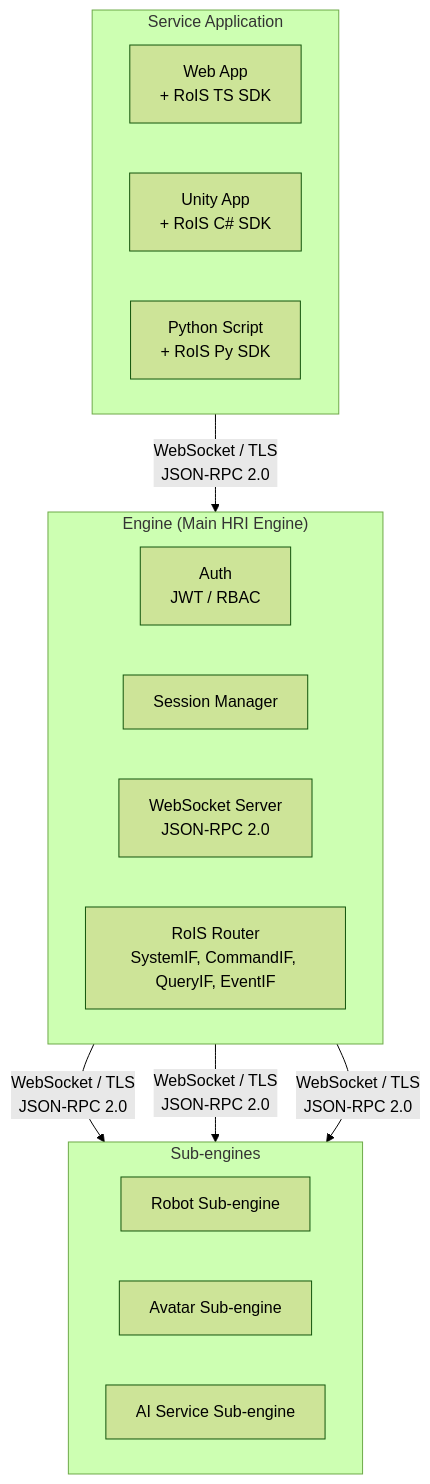
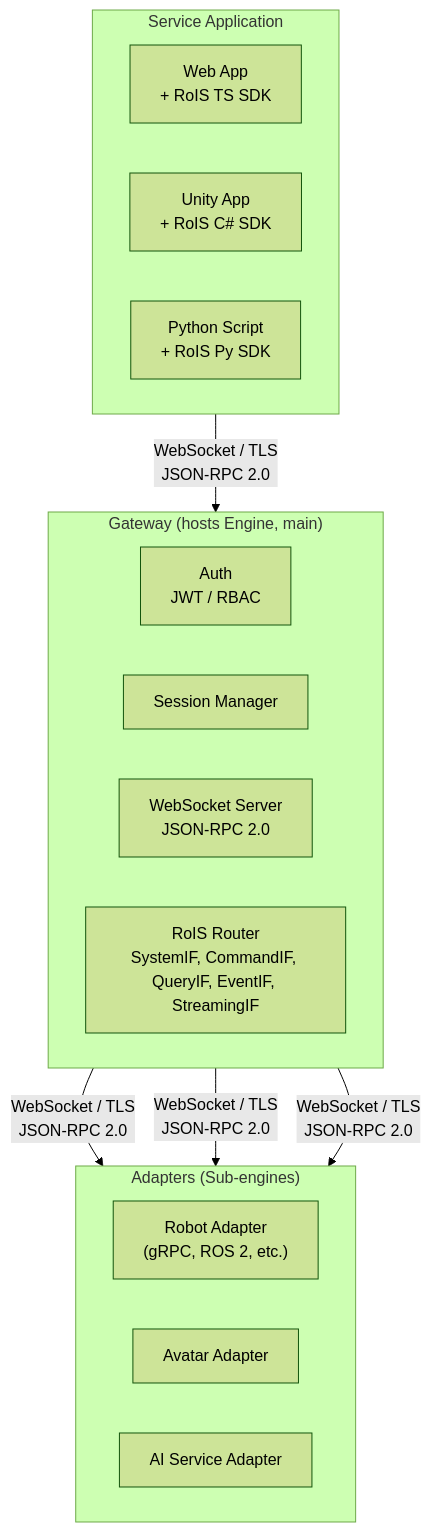
Before and after one commit to openrois/openrois: the fifth of 18 diagrams in docs/white-paper.md, drawn with Mermaid (forest theme). The commit also changed other lines of this file and 7 other files, not shown here.

First line of the commit message:
docs: rewrite architecture, roadmap, and white paper to recursive engine model

````diff
--- a/docs/white-paper.md
+++ b/docs/white-paper.md
@@ -269,29 +395,29 @@
 ```mermaid
 flowchart TB
     subgraph L1["Service Application"]
         direction LR
         WebApp["Web App<br/>+ RoIS TS SDK"]
         UnityApp["Unity App<br/>+ RoIS C# SDK"]
         PyScript["Python Script<br/>+ RoIS Py SDK"]
     end
 
-    subgraph L2["Engine (Main HRI Engine)"]
+    subgraph L2["Gateway (hosts Engine, main)"]
         direction LR
         Auth["Auth<br/>JWT / RBAC"]
         Session["Session Manager"]
         WSServer["WebSocket Server<br/>JSON-RPC 2.0"]
-        Router["RoIS Router<br/>SystemIF, CommandIF, QueryIF, EventIF"]
+        Router["RoIS Router<br/>SystemIF, CommandIF, QueryIF, EventIF, StreamingIF"]
     end
 
-    subgraph L3["Sub-engines"]
+    subgraph L3["Adapters (Sub-engines)"]
         direction LR
-        RobotSubEngine["Robot Sub-engine"]
-        AvatarSubEngine["Avatar Sub-engine"]
-        ServiceSubEngine["AI Service Sub-engine"]
+        RobotAdapter["Robot Adapter<br/>(gRPC, ROS 2, etc.)"]
+        AvatarAdapter["Avatar Adapter"]
+        ServiceAdapter["AI Service Adapter"]
     end
 
     L1 -->|"WebSocket / TLS<br/>JSON-RPC 2.0"| L2
-    L2 -->|"WebSocket / TLS<br/>JSON-RPC 2.0"| RobotSubEngine
-    L2 -->|"WebSocket / TLS<br/>JSON-RPC 2.0"| AvatarSubEngine
-    L2 -->|"WebSocket / TLS<br/>JSON-RPC 2.0"| ServiceSubEngine
+    L2 -->|"WebSocket / TLS<br/>JSON-RPC 2.0"| RobotAdapter
+    L2 -->|"WebSocket / TLS<br/>JSON-RPC 2.0"| AvatarAdapter
+    L2 -->|"WebSocket / TLS<br/>JSON-RPC 2.0"| ServiceAdapter
 ```
````
